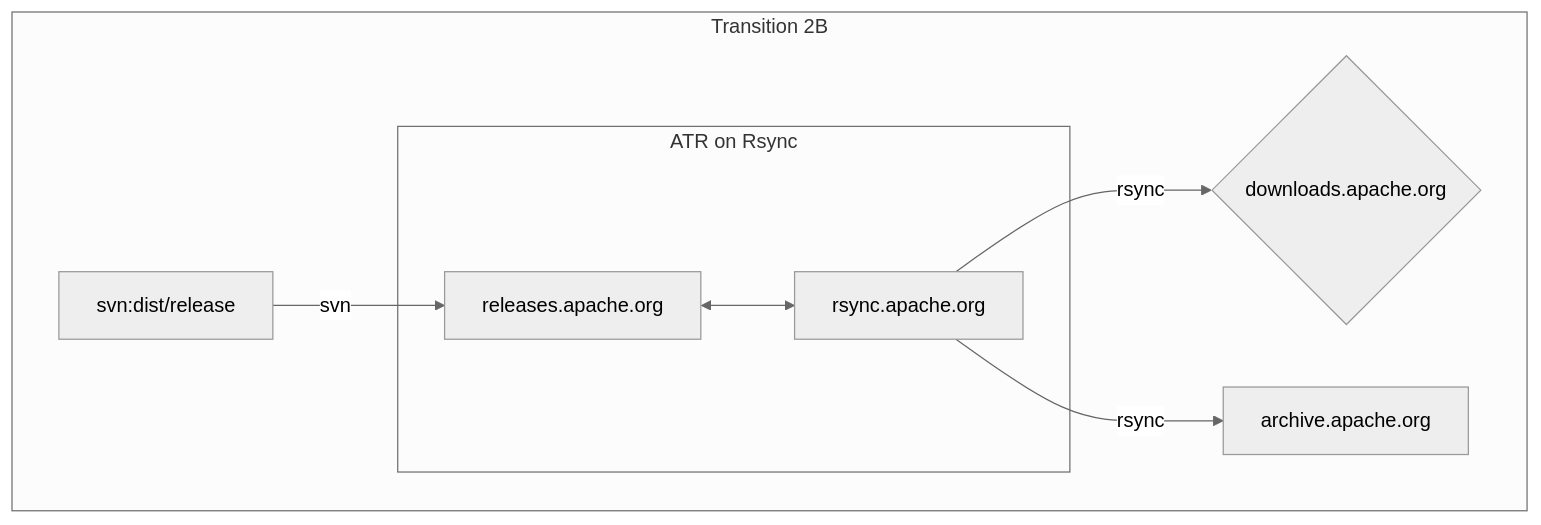
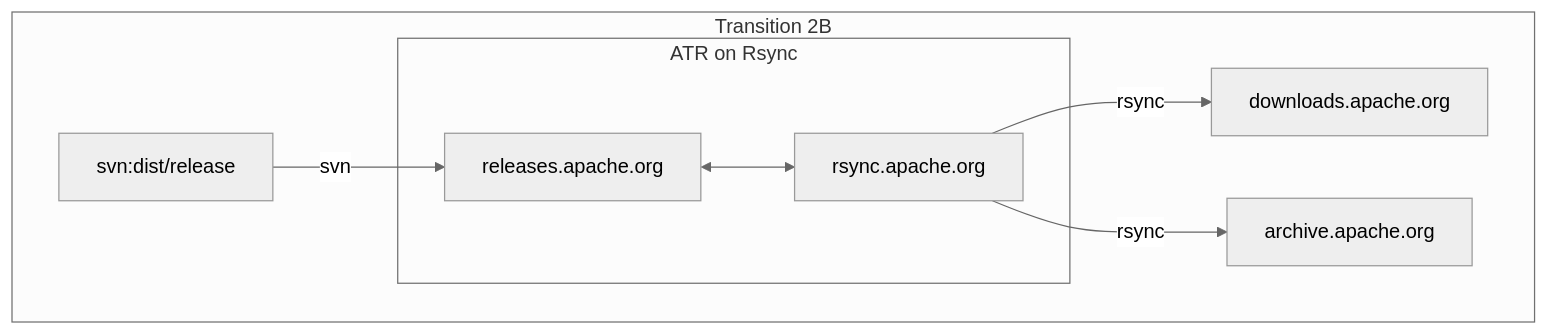
One commit to apache/tooling-docs changed the fourth of 6 diagrams in content/pages/svn-dist.md. Above: the diagram before and after it, drawn with Mermaid (neutral theme). The commit also changed other lines of this file, not shown here.

````diff
--- a/content/pages/svn-dist.md
+++ b/content/pages/svn-dist.md
@@ -92,16 +92,16 @@
 ```mermaid
 flowchart TD
   subgraph Transition 2B
     A[svn:dist/release]
     subgraph ATR on Rsync
       ATR[releases.apache.org]
       B[rsync.apache.org]
       ATR <--> B
     end
     A -->|svn| ATR
-    C{"downloads.apache.org"}
+    C["downloads.apache.org"]
     D[archive.apache.org]
     B -->|rsync| C
     B -->|rsync| D
   end
 ```
````
